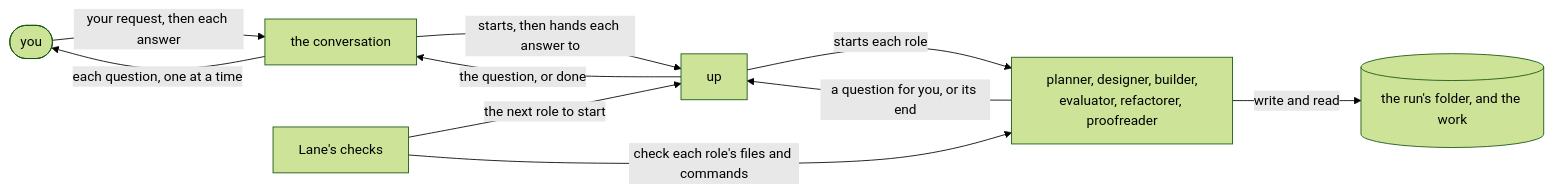
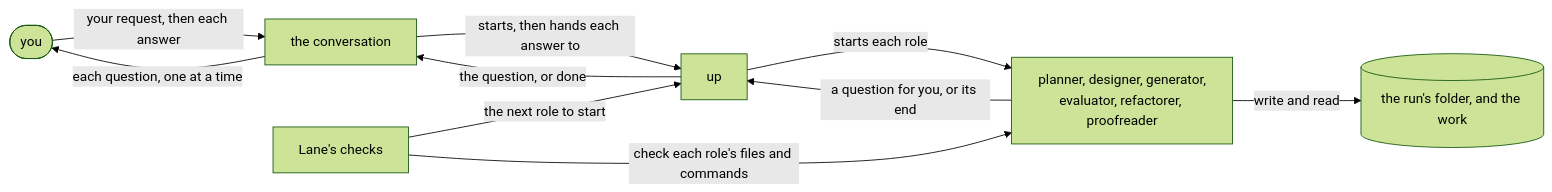
One commit to lovaizu/ccpm changed the diagram in plugins/turn/README.md. Above: the diagram before and after it, drawn with Mermaid (forest theme). The commit also changed other lines of this file and 45 other files, not shown here.

First line of the commit message:
turn: the role that makes the work from the design is generator, paired with evaluator as Anthropic's harness design names them, its result generated; whoever develops a plugin or a product is a developer, so builder no longer means two things

````diff
--- a/plugins/turn/README.md
+++ b/plugins/turn/README.md
@@ -149,12 +149,12 @@
 ```mermaid
 flowchart LR
   P([you]) -- "your request, then each answer" --> M["the conversation"]
   M -- "each question, one at a time" --> P
   M -- "starts, then hands each answer to" --> U["up"]
-  U -- "starts each role" --> R["planner, designer, builder,<br>evaluator, refactorer, proofreader"]
+  U -- "starts each role" --> R["planner, designer, generator,<br>evaluator, refactorer, proofreader"]
   R -- "a question for you, or its end" --> U
   U -- "the question, or done" --> M
   R -- "write and read" --> F[("the run's folder, and the work")]
   L["Lane's checks"] -- "the next role to start" --> U
   L -- "check each role's files and commands" --> R
 ```
````
